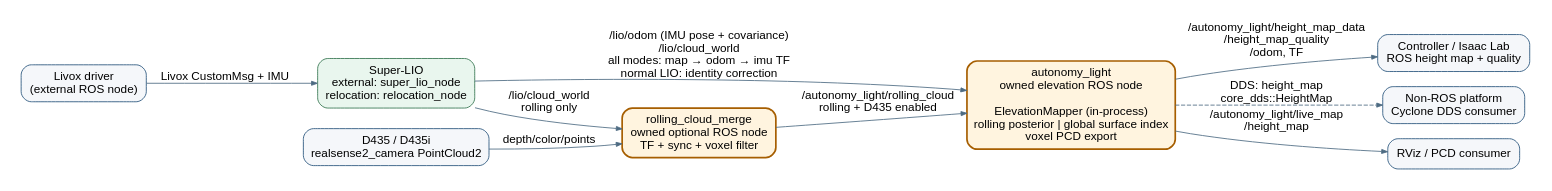
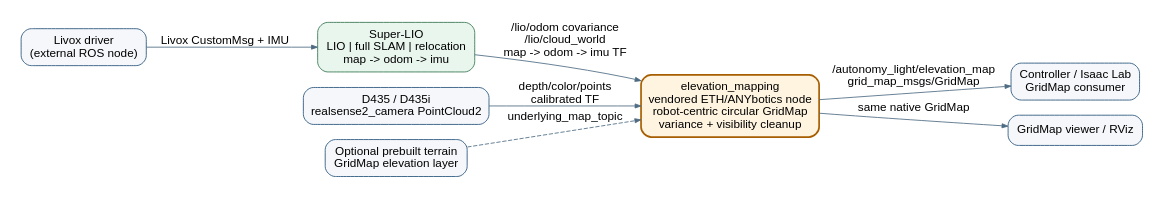
Before and after one commit to cocelo-ai/autonomy: the diagram in docs/software_node_topology.dot, drawn with Graphviz. The commit also changed 327 other files, not shown here.

Commit message:
feat(major): add eth style height map

```diff
--- a/docs/software_node_topology.dot
+++ b/docs/software_node_topology.dot
@@ -1,28 +1,23 @@
 digraph autonomy_light {
   rankdir=LR;
   graph [fontname="Arial", bgcolor="white", pad="0.25"];
   node [fontname="Arial", shape=box, style="rounded,filled", color="#24527a",
         fillcolor="#edf5fb", margin="0.16,0.10"];
   edge [fontname="Arial", color="#4d6b82", arrowsize="0.7"];
 
   livox [label="Livox driver\n(external ROS node)", fillcolor="#f5f7fa"];
-  lio [label="Super-LIO\nexternal: super_lio_node\nrelocation: relocation_node",
-       fillcolor="#e9f6ee", color="#32734d"];
+  lio [label="Super-LIO\nLIO | full SLAM | relocation\nmap -> odom -> imu", fillcolor="#e9f6ee", color="#32734d"];
   d435 [label="D435 / D435i\nrealsense2_camera PointCloud2", fillcolor="#f5f7fa"];
-  merge [label="rolling_cloud_merge\nowned optional ROS node\nTF + sync + voxel filter",
-         fillcolor="#fff4df", color="#a65e00", penwidth="2"];
-  runtime [label="autonomy_light\nowned elevation ROS node\n\nElevationMapper (in-process)\nrolling posterior | global surface index\nvoxel PCD export",
-           fillcolor="#fff4df", color="#a65e00", penwidth="2"];
-  control [label="Controller / Isaac Lab\nROS height map + quality", fillcolor="#f5f7fa"];
-  dds [label="Non-ROS platform\nCyclone DDS consumer", fillcolor="#f5f7fa"];
-  rviz [label="RViz / PCD consumer", fillcolor="#f5f7fa"];
+  mapper [label="elevation_mapping\nvendored ETH/ANYbotics node\nrobot-centric circular GridMap\nvariance + visibility cleanup",
+          fillcolor="#fff4df", color="#a65e00", penwidth="2"];
+  control [label="Controller / Isaac Lab\nGridMap consumer", fillcolor="#f5f7fa"];
+  rviz [label="GridMap viewer / RViz", fillcolor="#f5f7fa"];
+  prior [label="Optional prebuilt terrain\nGridMap elevation layer", fillcolor="#f5f7fa"];
 
   livox -> lio [label="Livox CustomMsg + IMU"];
-  lio -> merge [label="/lio/cloud_world\nrolling only"];
-  d435 -> merge [label="depth/color/points"];
-  merge -> runtime [label="/autonomy_light/rolling_cloud\nrolling + D435 enabled"];
-  lio -> runtime [label="/lio/odom (IMU pose + covariance)\n/lio/cloud_world\nall modes: map → odom → imu TF\nnormal LIO: identity correction"];
-  runtime -> control [label="/autonomy_light/height_map_data\n/height_map_quality\n/odom, TF"];
-  runtime -> dds [label="DDS: height_map\ncore_dds::HeightMap", style=dashed];
-  runtime -> rviz [label="/autonomy_light/live_map\n/height_map"];
+  lio -> mapper [label="/lio/odom covariance\n/lio/cloud_world\nmap -> odom -> imu TF"];
+  d435 -> mapper [label="depth/color/points\ncalibrated TF"];
+  prior -> mapper [label="underlying_map_topic", style=dashed];
+  mapper -> control [label="/autonomy_light/elevation_map\ngrid_map_msgs/GridMap"];
+  mapper -> rviz [label="same native GridMap"];
 }
```
